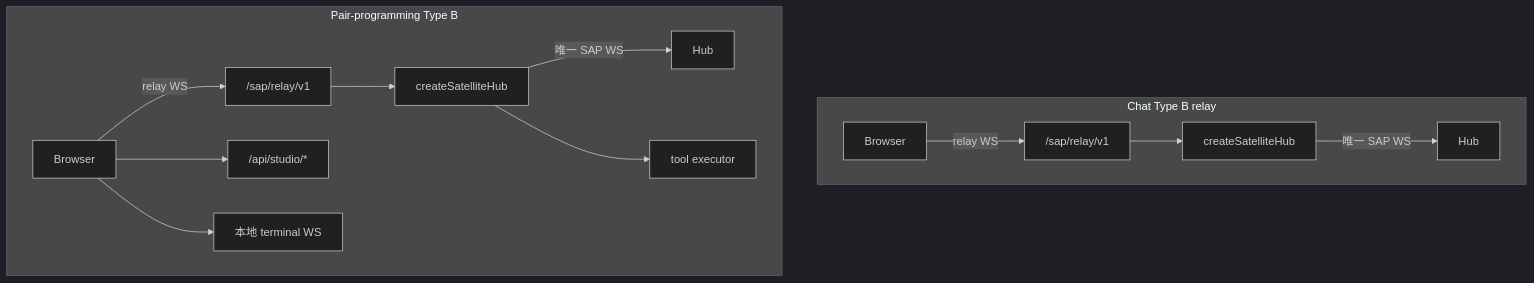
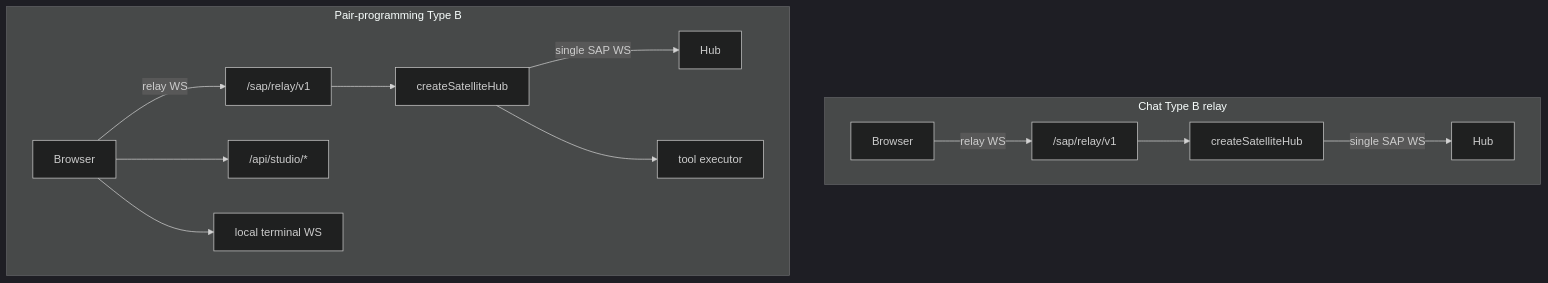
One commit to freeanima-org/freeanima changed the second of 2 diagrams in docs/sap/satellite-guide.md. Above: the diagram before and after it, drawn with Mermaid (dark theme). The commit also changed other lines of this file and 69 other files, not shown here.

````diff
--- a/docs/sap/satellite-guide.md
+++ b/docs/sap/satellite-guide.md
@@ -106,17 +106,17 @@
 ```mermaid
 flowchart TB
   subgraph chat [Chat Type B relay]
     B1[Browser] -->|relay WS| Relay1["/sap/relay/v1"]
     Relay1 --> ProcSAP1[createSatelliteHub]
-    ProcSAP1 -->|唯一 SAP WS| Hub1[Hub]
+    ProcSAP1 -->|single SAP WS| Hub1[Hub]
   end
 
   subgraph ppy [Pair-programming Type B]
     B2[Browser] -->|relay WS| Relay2["/sap/relay/v1"]
     Relay2 --> ProcSAP2[createSatelliteHub]
-    ProcSAP2 -->|唯一 SAP WS| Hub2[Hub]
+    ProcSAP2 -->|single SAP WS| Hub2[Hub]
     B2 --> LocalFS["/api/studio/*"]
-    B2 --> LocalPTY[本地 terminal WS]
+    B2 --> LocalPTY[local terminal WS]
     ProcSAP2 --> ToolExec[tool executor]
   end
 ```
````
